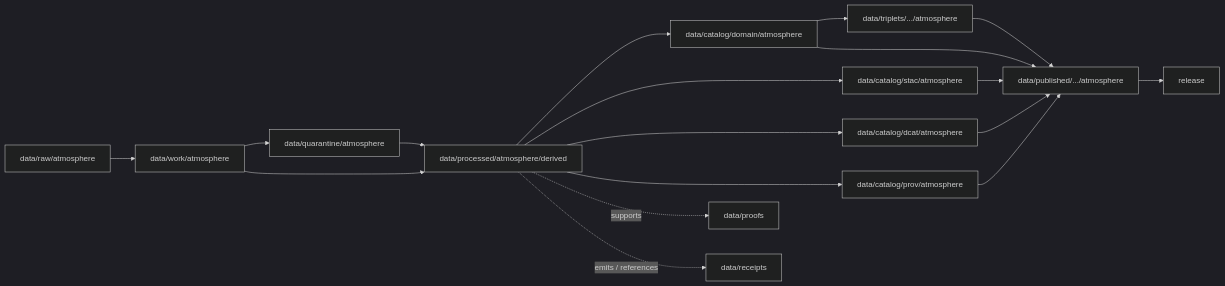
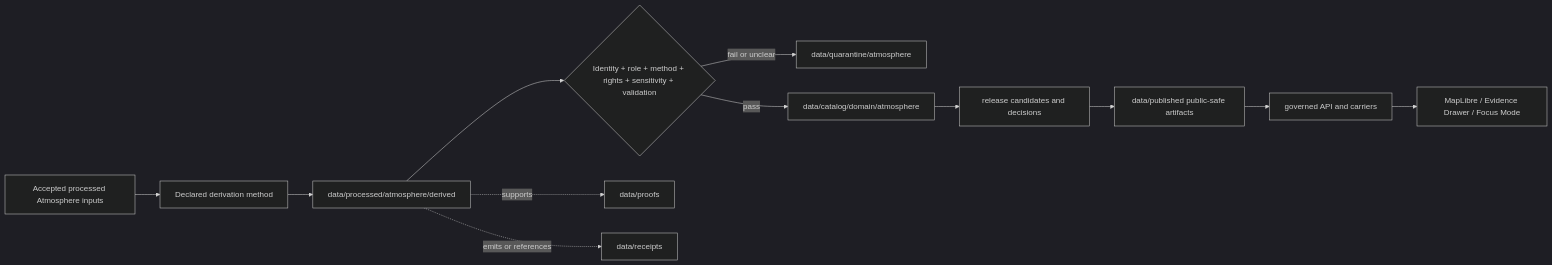
One commit to bartytime4life/Kansas-Frontier-Matrix changed the diagram in data/processed/atmosphere/derived/README.md. Above: the diagram before and after it, drawn with Mermaid (dark theme). The commit also changed other lines of this file, not shown here.

Commit message:
docs: modernize Atmosphere derived README

````diff
--- a/data/processed/atmosphere/derived/README.md
+++ b/data/processed/atmosphere/derived/README.md
@@ -96,20 +298,14 @@
 ```mermaid
 flowchart LR
-  RAW[data/raw/atmosphere] --> WORK[data/work/atmosphere]
-  WORK --> QUAR[data/quarantine/atmosphere]
-  WORK --> DER[data/processed/atmosphere/derived]
-  QUAR --> DER
-  DER --> CAT[data/catalog/domain/atmosphere]
-  DER --> STAC[data/catalog/stac/atmosphere]
-  DER --> DCAT[data/catalog/dcat/atmosphere]
-  DER --> PROV[data/catalog/prov/atmosphere]
+  INPUTS[Accepted processed Atmosphere inputs] --> METHOD[Declared derivation method]
+  METHOD --> DER[data/processed/atmosphere/derived]
+  DER --> GATE{Identity + role + method + rights + sensitivity + validation}
+  GATE -->|fail or unclear| QUAR[data/quarantine/atmosphere]
+  GATE -->|pass| CAT[data/catalog/domain/atmosphere]
   DER -. supports .-> PROOF[data/proofs]
-  DER -. emits / references .-> RECEIPT[data/receipts]
-  CAT --> TRIP[data/triplets/.../atmosphere]
-  CAT --> PUB[data/published/.../atmosphere]
-  STAC --> PUB
-  DCAT --> PUB
-  PROV --> PUB
-  TRIP --> PUB
-  PUB --> REL[release]
+  DER -. emits or references .-> RECEIPT[data/receipts]
+  CAT --> REL[release candidates and decisions]
+  REL --> PUB[data/published public-safe artifacts]
+  PUB --> API[governed API and carriers]
+  API --> UI[MapLibre / Evidence Drawer / Focus Mode]
 ```
````
